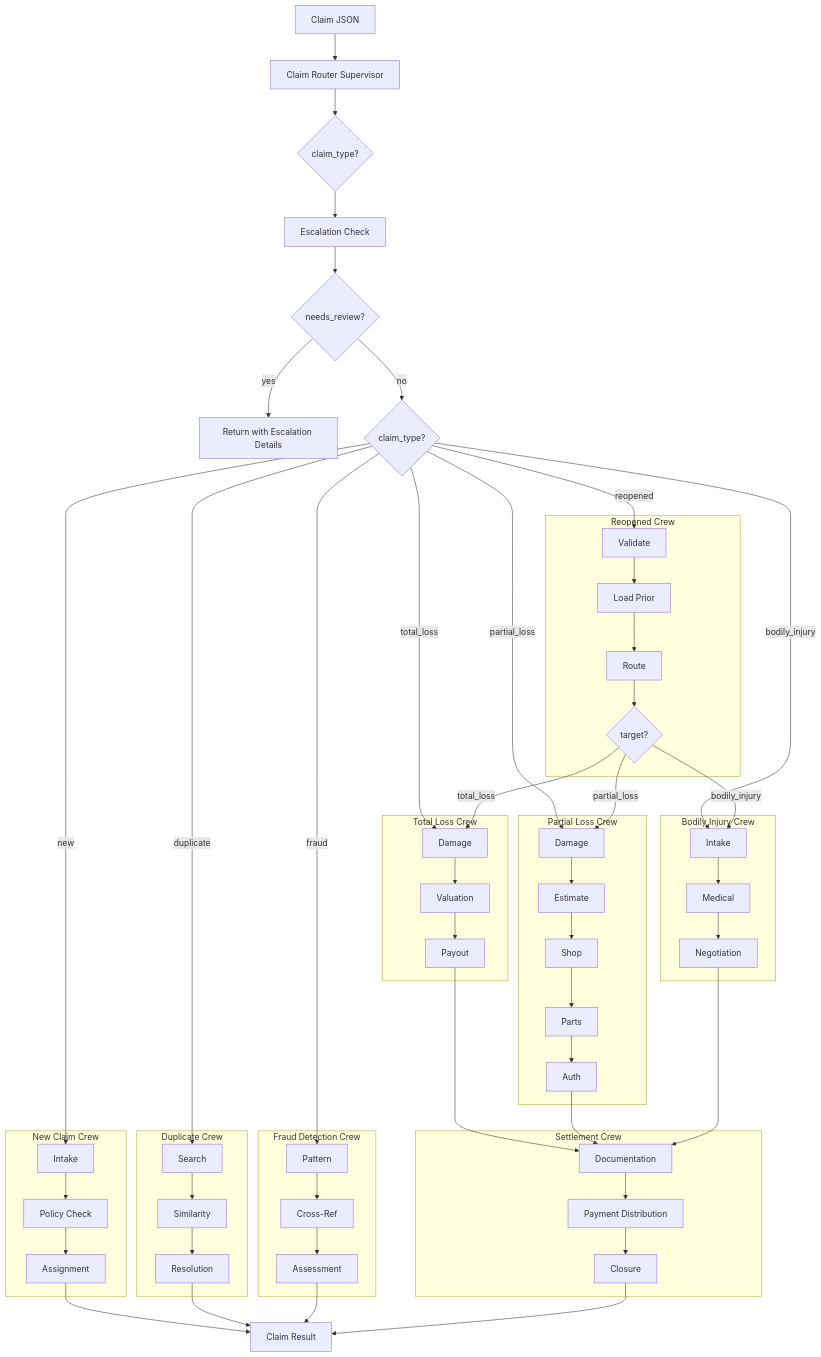
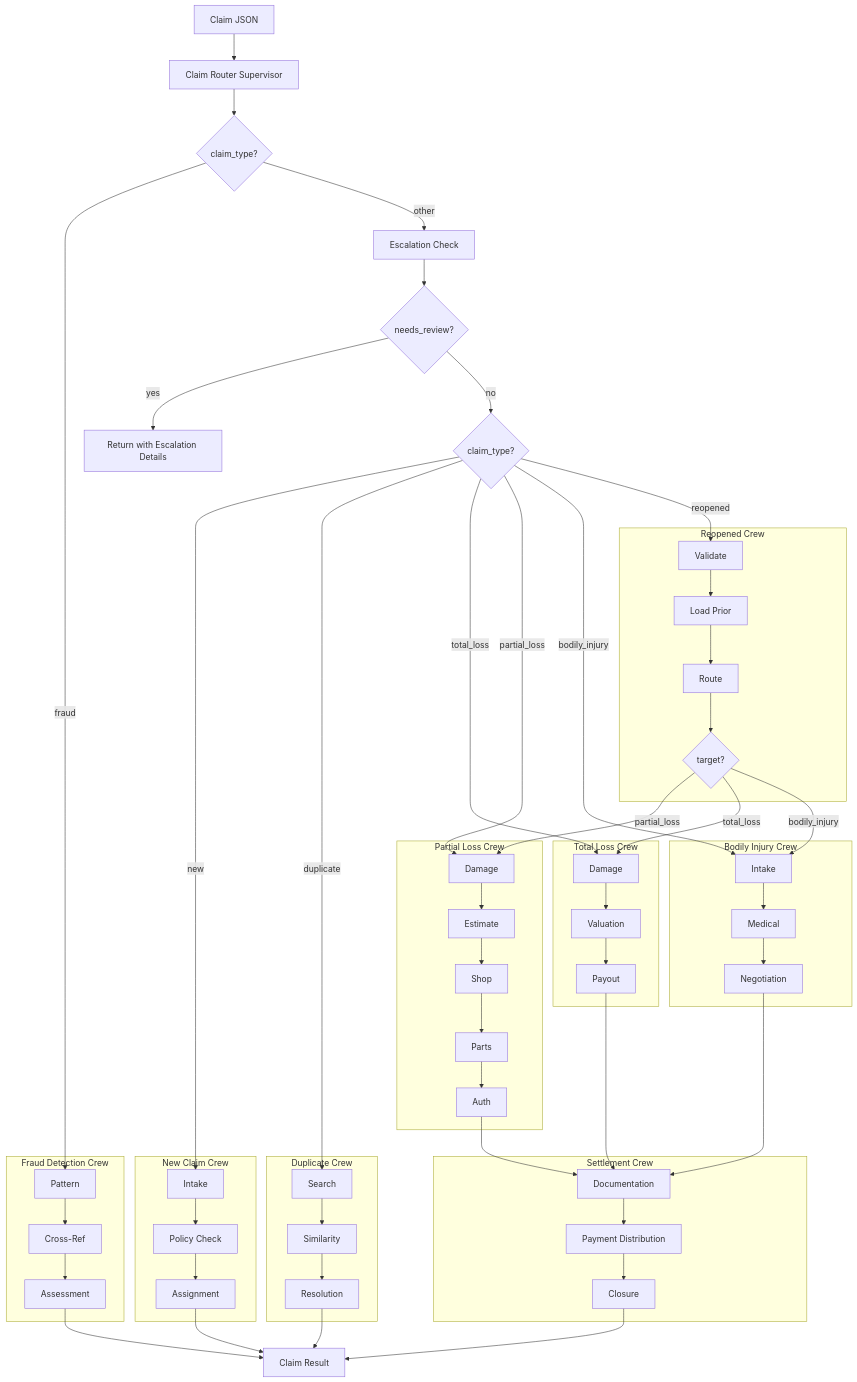
Before and after one commit to csmangum/auto-agent: the sixth of 6 diagrams in docs/architecture.md, drawn with Mermaid. The commit also changed other lines of this file and 3 other files, not shown here.

````diff
--- a/docs/architecture.md
+++ b/docs/architecture.md
@@ -112,60 +151,60 @@
 ```mermaid
 flowchart TB
     A[Claim JSON] --> B[Claim Router Supervisor]
     B --> C{claim_type?}
-    C --> D[Escalation Check]
+    C -->|fraud| FR1
+    C -->|"other"| D[Escalation Check]
     D --> E{needs_review?}
     E -->|yes| G[Return with Escalation Details]
     E -->|no| H{claim_type?}
     ClaimResult[Claim Result]
 
     subgraph New["New Claim Crew"]
         D1[Intake] --> D2[Policy Check] --> D3[Assignment]
     end
 
     subgraph Dup["Duplicate Crew"]
         E1[Search] --> E2[Similarity] --> E3[Resolution]
     end
 
     subgraph Total["Total Loss Crew"]
         F1[Damage] --> F2[Valuation] --> F3[Payout]
     end
 
     subgraph FraudCrew["Fraud Detection Crew"]
         FR1[Pattern] --> FR2[Cross-Ref] --> FR3[Assessment]
     end
 
     subgraph Partial["Partial Loss Crew"]
         P1[Damage] --> P2[Estimate] --> P3[Shop] --> P4[Parts] --> P5[Auth]
     end
 
     subgraph BICrew["Bodily Injury Crew"]
         B1[Intake] --> B2[Medical] --> B3[Negotiation]
     end
 
     subgraph Reopened["Reopened Crew"]
         R1[Validate] --> R2[Load Prior] --> R3[Route] --> R4{target?}
     end
 
     subgraph Settlement["Settlement Crew"]
         S1[Documentation] --> S2[Payment Distribution] --> S3[Closure]
     end
 
     H -->|new| D1
     H -->|duplicate| E1
     H -->|total_loss| F1
-    H -->|fraud| FR1
     H -->|partial_loss| P1
     H -->|bodily_injury| B1
     H -->|reopened| R1
     D3 --> ClaimResult
     E3 --> ClaimResult
     F3 --> S1
     FR3 --> ClaimResult
     P5 --> S1
     B3 --> S1
     R4 -->|partial_loss| P1
     R4 -->|total_loss| F1
     R4 -->|bodily_injury| B1
     S3 --> ClaimResult
 ```
````
